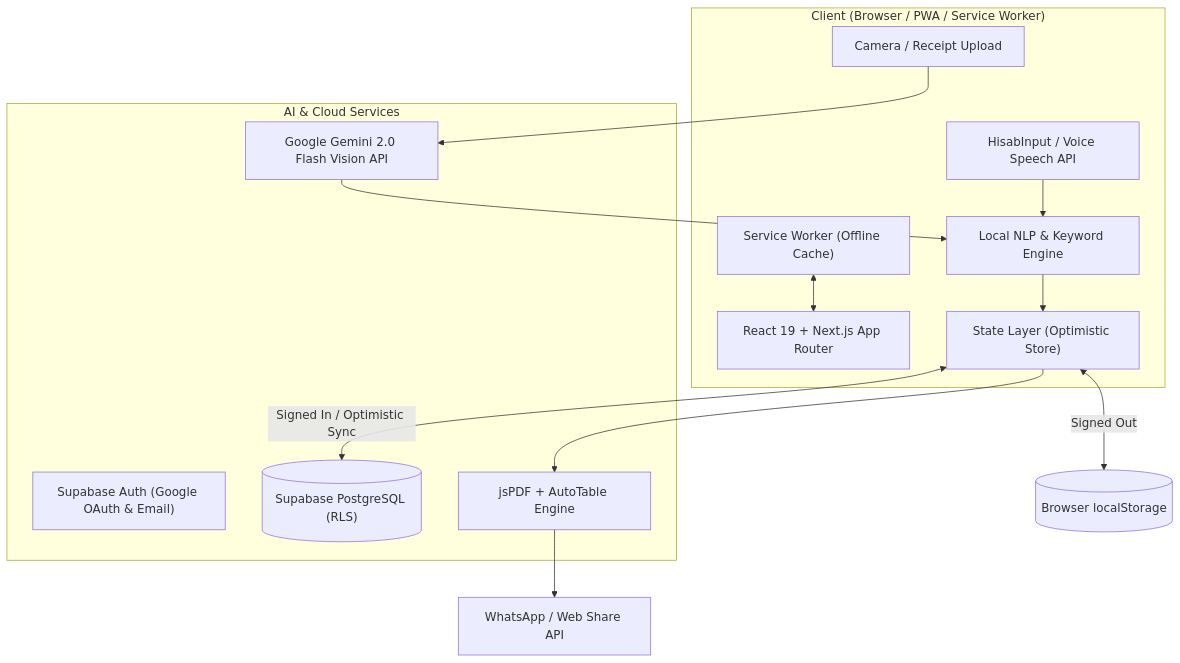
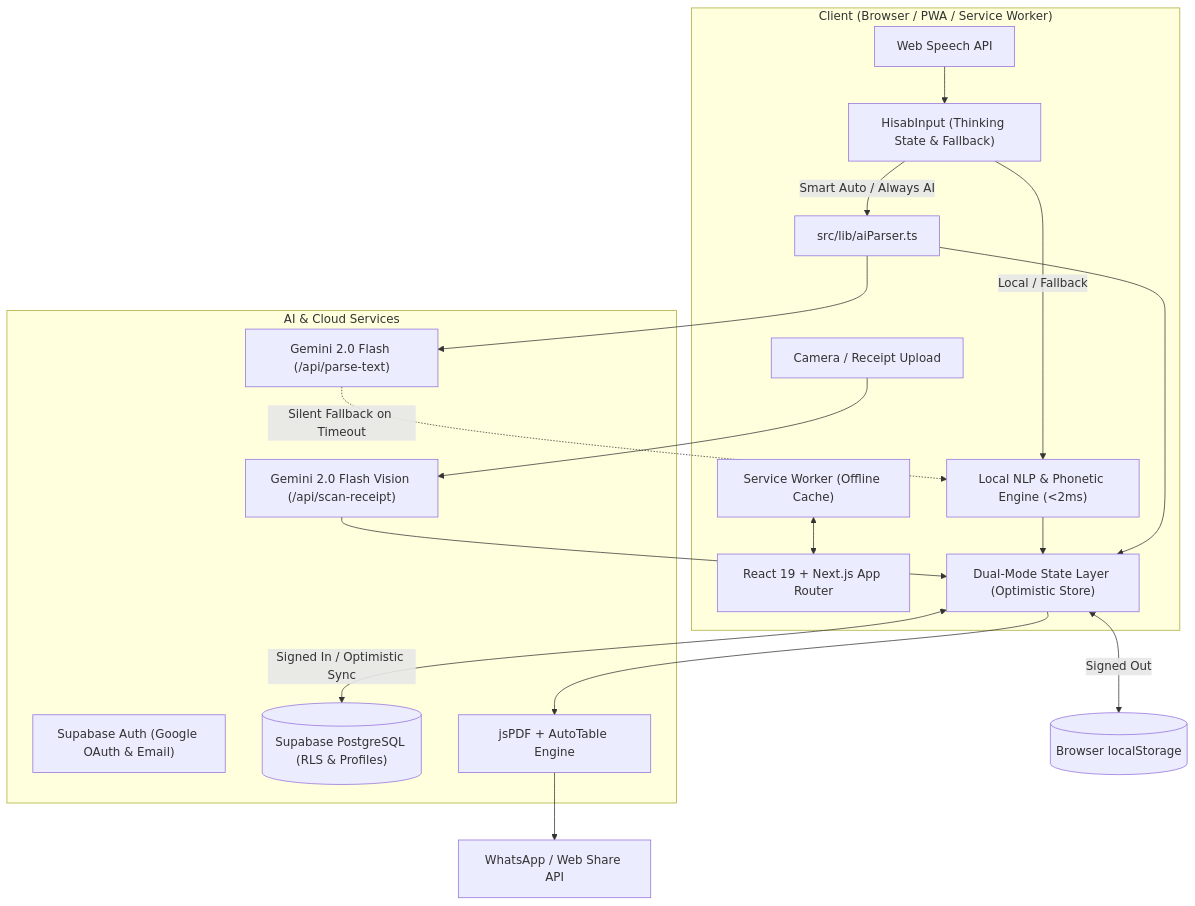
Before and after one commit to Magraa/Hisab-AI: the diagram in README.md, drawn with Mermaid. The commit also changed other lines of this file, not shown here.

Commit message:
docs: add Hybrid AI text parsing, 3-way mode switch, thinking state, and quotas to README

````diff
--- a/README.md
+++ b/README.md
@@ -196,28 +202,36 @@
 ```mermaid
 flowchart TD
     subgraph Client ["Client (Browser / PWA / Service Worker)"]
         UI["React 19 + Next.js App Router"]
-        Input["HisabInput / Voice Speech API"]
+        Input["HisabInput (Thinking State & Fallback)"]
+        Voice["Web Speech API"]
         OCR["Camera / Receipt Upload"]
-        Parser["Local NLP & Keyword Engine"]
-        Store["State Layer (Optimistic Store)"]
+        LocalParser["Local NLP & Phonetic Engine (<2ms)"]
+        AIHelper["src/lib/aiParser.ts"]
+        Store["Dual-Mode State Layer (Optimistic Store)"]
         SW["Service Worker (Offline Cache)"]
     end
 
     subgraph AI_Cloud ["AI & Cloud Services"]
-        GeminiAPI["Google Gemini 2.0 Flash Vision API"]
+        GeminiText["Gemini 2.0 Flash (/api/parse-text)"]
+        GeminiVision["Gemini 2.0 Flash Vision (/api/scan-receipt)"]
         SupabaseAuth["Supabase Auth (Google OAuth & Email)"]
-        SupabaseDB[("Supabase PostgreSQL (RLS)")]
+        SupabaseDB[("Supabase PostgreSQL (RLS & Profiles)")]
         PDFGen["jsPDF + AutoTable Engine"]
     end
 
-    Input --> Parser
-    OCR --> GeminiAPI
-    GeminiAPI --> Parser
-    Parser --> Store
+    Input --> |Local / Fallback| LocalParser
+    Input --> |Smart Auto / Always AI| AIHelper
+    Voice --> Input
+    AIHelper --> GeminiText
+    GeminiText -.-> |Silent Fallback on Timeout| LocalParser
+    OCR --> GeminiVision
+    GeminiVision --> Store
+    LocalParser --> Store
+    AIHelper --> Store
     Store <--> |Signed Out| LocalStorage[("Browser localStorage")]
     Store <--> |Signed In / Optimistic Sync| SupabaseDB
     Store --> PDFGen
     PDFGen --> WhatsApp["WhatsApp / Web Share API"]
     SW <--> UI
 ```
````
